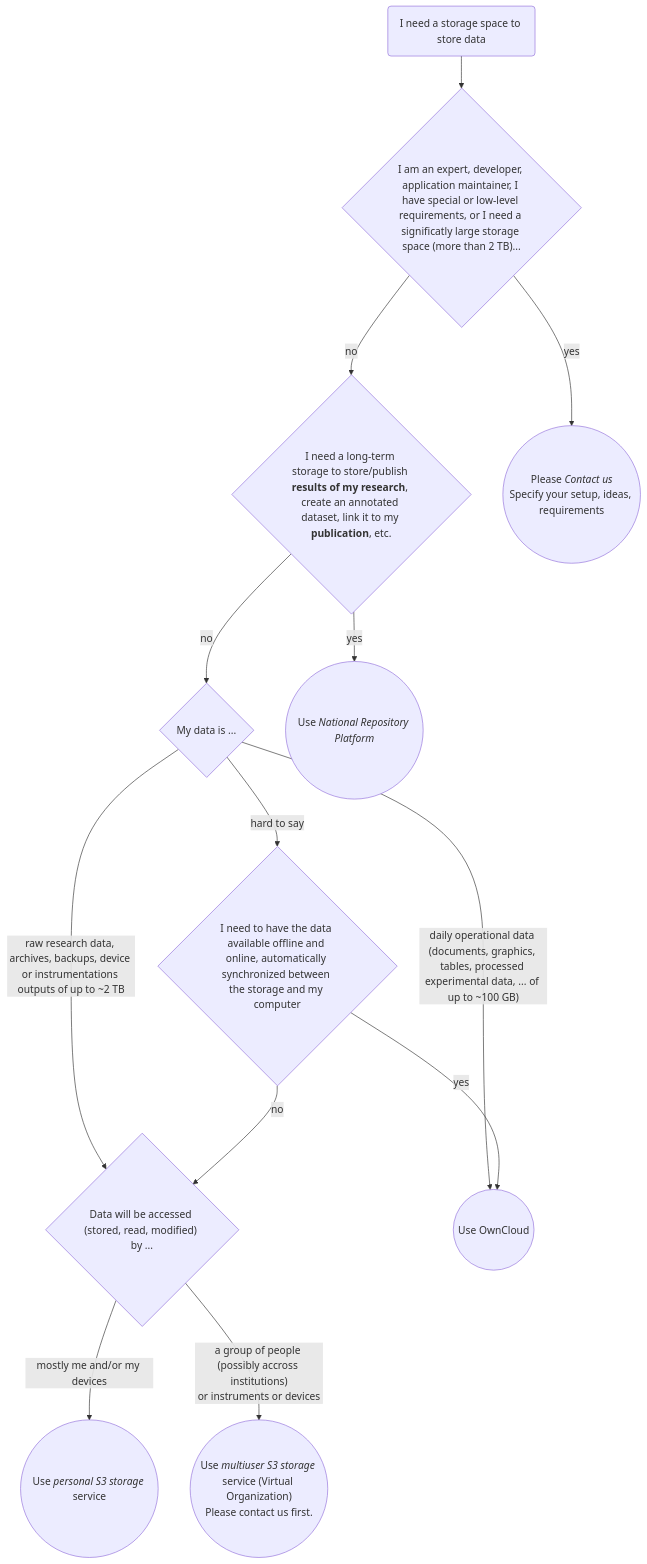
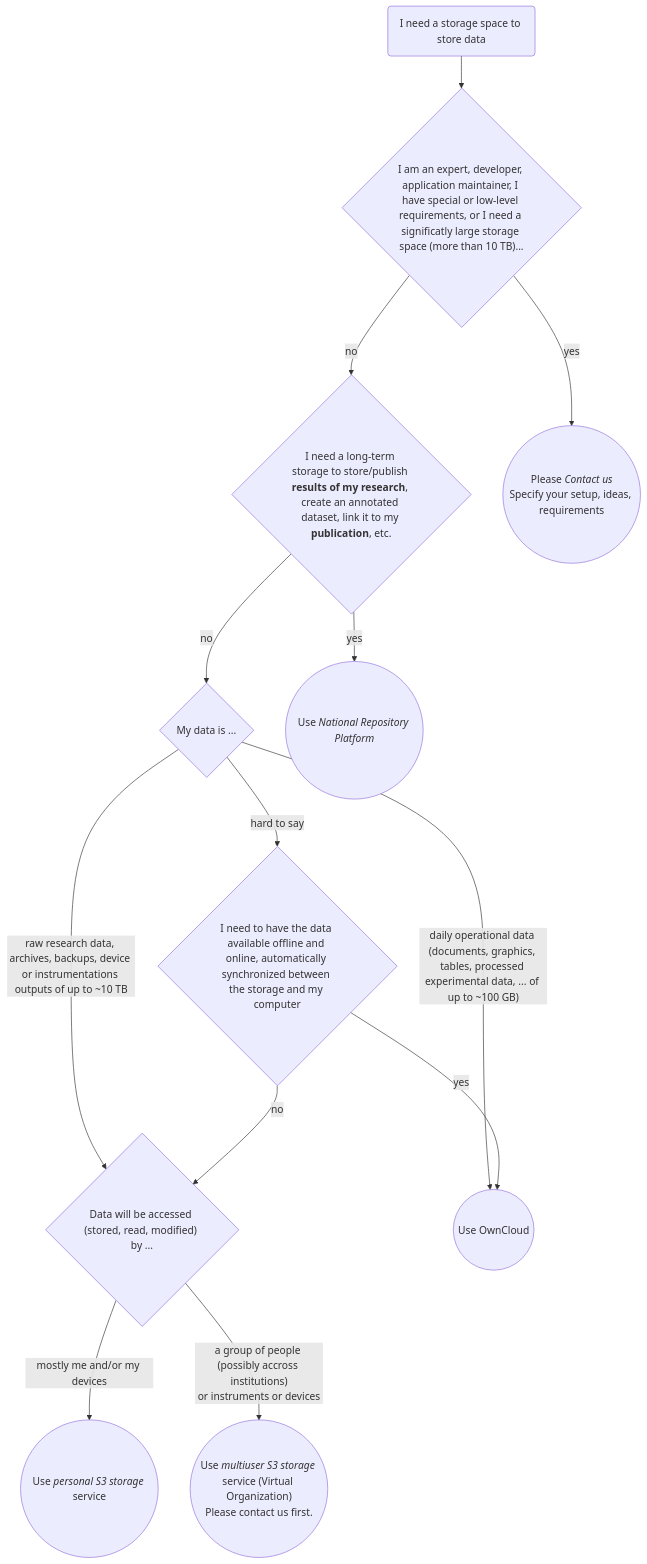
The diagram in content/docs/fast-track/fast-track.mdx (CESNET/du-docs), drawn with Mermaid before and after one commit. The commit also changed other lines of this file, not shown here.

Commit message:
updates and polishing

````diff
--- a/content/docs/fast-track/fast-track.mdx
+++ b/content/docs/fast-track/fast-track.mdx
@@ -11,53 +11,53 @@
 ```mermaid
 flowchart TB
 %%    A{("`Start`")
     A("`I need a storage space to store data`")
 %%    B{"`I need a storage space to store data`"}
 %%    C["`Think again`"]
     D{"`I need a long-term storage to store/publish **results of my research**, create an annotated dataset, link it to my **publication**, etc.`"}
     M{"`My data is ...`"}
     E(("`Use *National Repository Platform*`"))
-    F{"`I am an expert, developer, application maintainer, I have special or low-level requirements, or I need a significatly large storage space (more than 2 TB)...`"}
+    F{"`I am an expert, developer, application maintainer, I have special or low-level requirements, or I need a significatly large storage space (more than 10 TB)...`"}
 %%    G{"`I need your help or assistance`"}
 %%    H{"`I have studied *S3 use cases* and/or *RBD use cases* and I know what I need`"}
 %%    I{"`I have special needs that are worth spending time on solving various technical difficulties`"}
     J(("`Please *Contact us*<br/>Specify your setup, ideas, requirements`"))
 %%    K(("`*Great!* Just go ahead!`"))
 %%    L["`Let's try easy options firts, it may save you a lot of time`"]
     N{"`I need to have the data available offline and online, automatically synchronized between the storage and my computer`"}
 %%    O{"`I may need to share some of the data with a couple of colleagues here or there`"}
     P{"`Data will be accessed (stored, read, modified) by ...`"}
     Q(("`Use OwnCloud`"))
 %%    R(("`Well...`"))
     S(("`Use *personal S3 storage* service`"))
     T(("`Use *multiuser S3 storage* service (Virtual Organization)<br/>Please contact us first.`"))
 
     click E "https://docs.nrp.eosc.cz/" "NRP"
 %%    click G "../introduction/support" "Support Page"
 %%    click H "../object-storage-s3/s3-use-cases" "S4 Use Cases"
     click J "../introduction/support" "Support Page"
     click Q "../fast-track#owncloud" "Fast-track Instructions Owncloud"
 %%    click R "https://www.storelocal.com/blogs/the-philosophy-of-storing-10-storage-features-to-enlighten-your-load/" "To Be Or Not To Be"
     click S "../fast-track#personal-s3" "Fast-track Instructions S3 Personal"
     click T "../introduction/support" "Support Page"
 
 %%    A --> B
       A --> F
       F -->|yes| J
       F -->|no| D
 %%    B -->|no| C
 %%    C --> B
 %%    B -->|yes| D
     D -->|yes| E
     D -->|no| M
     M -->|"daily operational data (documents, graphics, tables, processed experimental data, ... of up to ~100 GB)"| Q
-    M -->|raw research data, archives, backups, device or instrumentations outputs of up to ~2 TB| P
+    M -->|raw research data, archives, backups, device or instrumentations outputs of up to ~10 TB| P
     M -->|hard to say| N
 %%   N -->|I do not care| O
     N -->|yes| Q
     N -->|no| P
 %%    O -->|perhaps| Q
 %%    O -->|I do not know| R
     P -->|mostly me and/or my devices| S
     P -->|"`a group of people (possibly accross institutions)<br/>or instruments or devices`"| T
 ```
````
